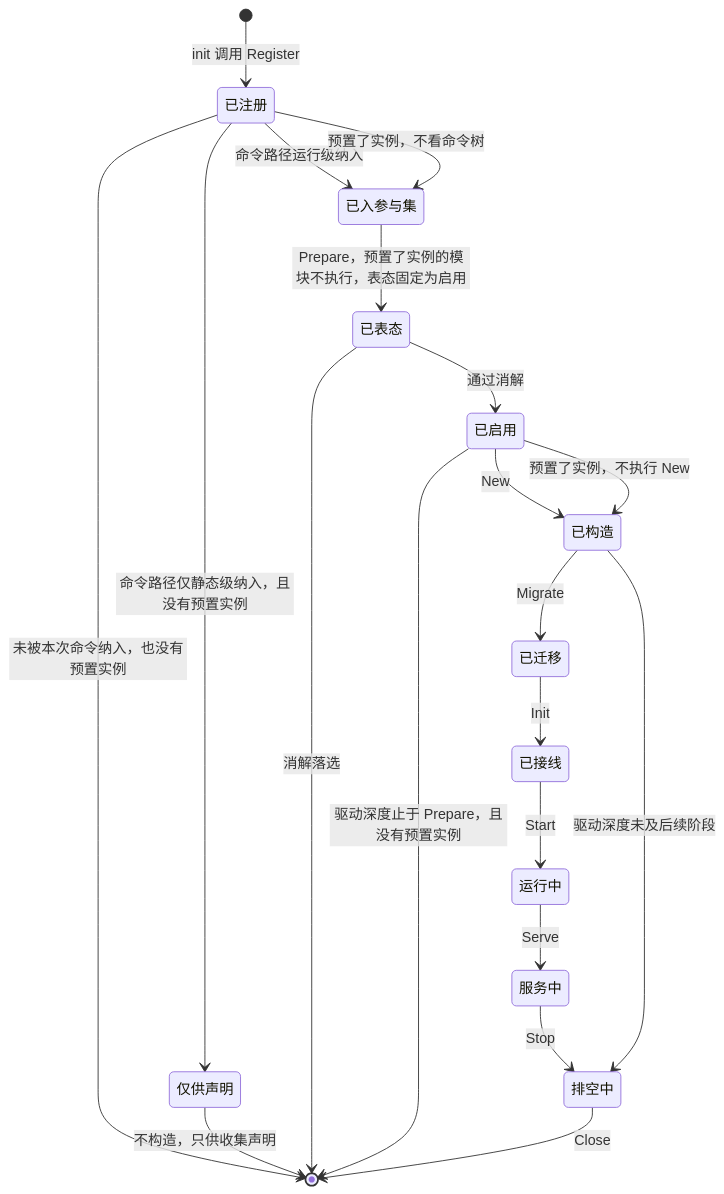
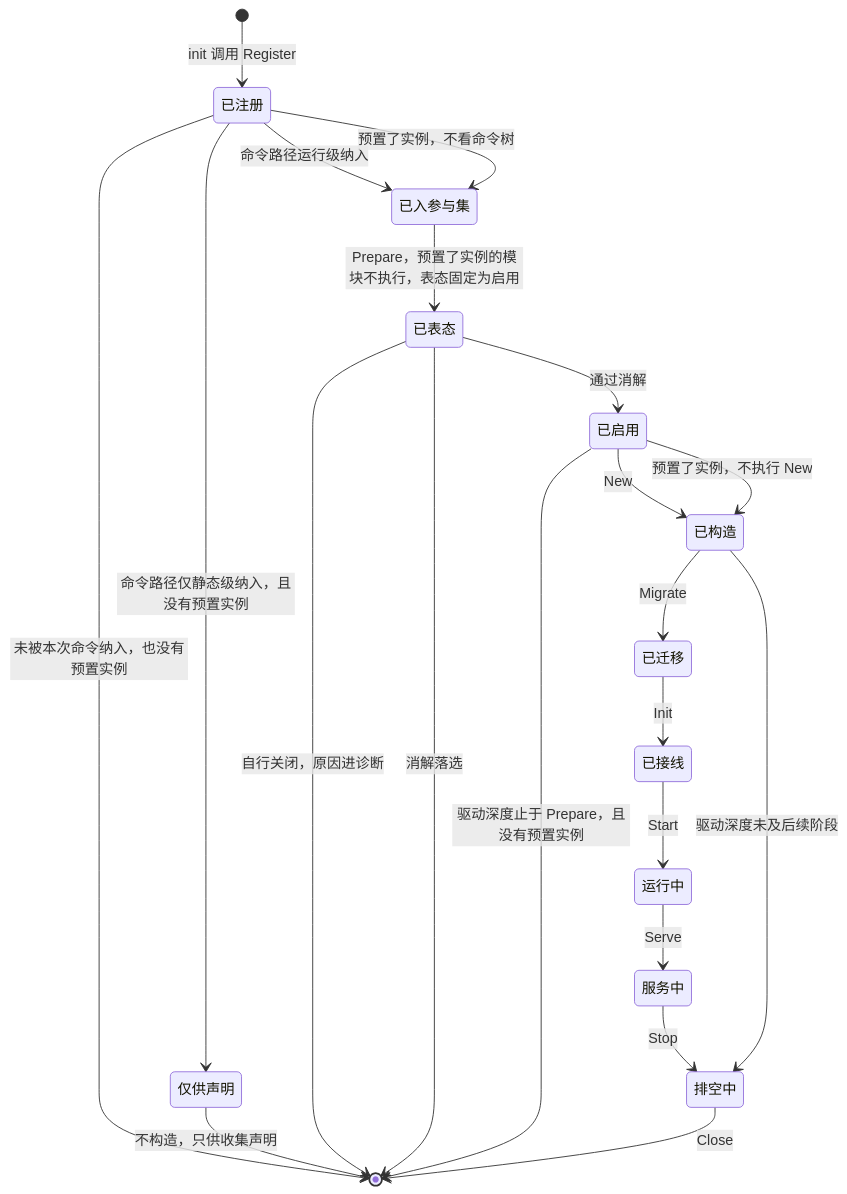
Before and after one commit to wangzw/speed: the third of 6 diagrams in docs/design/modules/design-core.md, drawn with Mermaid. The commit also changed other lines of this file and 14 other files, not shown here.

````diff
--- a/docs/design/modules/design-core.md
+++ b/docs/design/modules/design-core.md
@@ -381,22 +381,23 @@
 ```mermaid
 stateDiagram-v2
     [*] --> 已注册 : init 调用 Register
     已注册 --> [*] : 未被本次命令纳入，也没有预置实例
     已注册 --> 仅供声明 : 命令路径仅静态级纳入，且没有预置实例
     仅供声明 --> [*] : 不构造，只供收集声明
     已注册 --> 已入参与集 : 命令路径运行级纳入
     已注册 --> 已入参与集 : 预置了实例，不看命令树
     已入参与集 --> 已表态 : Prepare，预置了实例的模块不执行，表态固定为启用
+    已表态 --> [*] : 自行关闭，原因进诊断
     已表态 --> [*] : 消解落选
     已表态 --> 已启用 : 通过消解
     已启用 --> [*] : 驱动深度止于 Prepare，且没有预置实例
     已启用 --> 已构造 : New
     已启用 --> 已构造 : 预置了实例，不执行 New
     已构造 --> 已迁移 : Migrate
     已迁移 --> 已接线 : Init
     已接线 --> 运行中 : Start
     运行中 --> 服务中 : Serve
     服务中 --> 排空中 : Stop
     已构造 --> 排空中 : 驱动深度未及后续阶段
     排空中 --> [*] : Close
 ```
````
